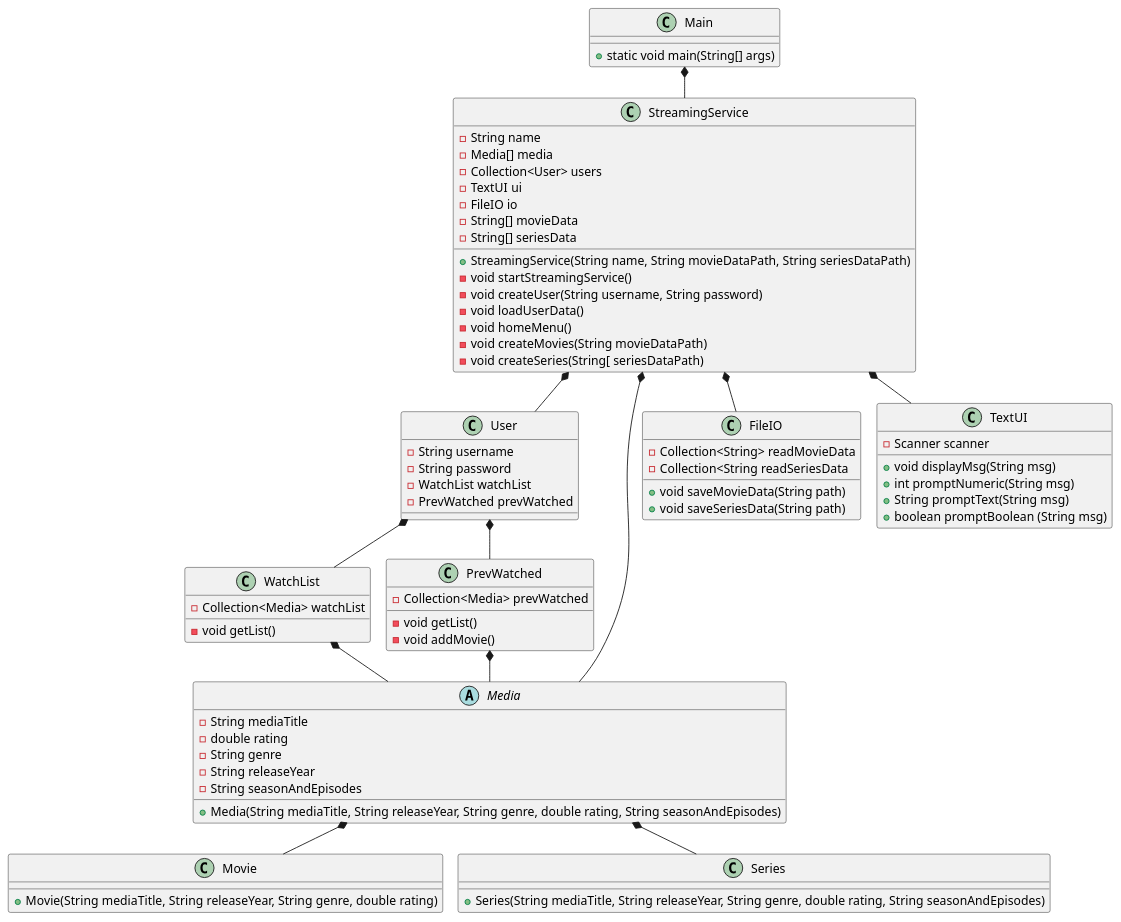
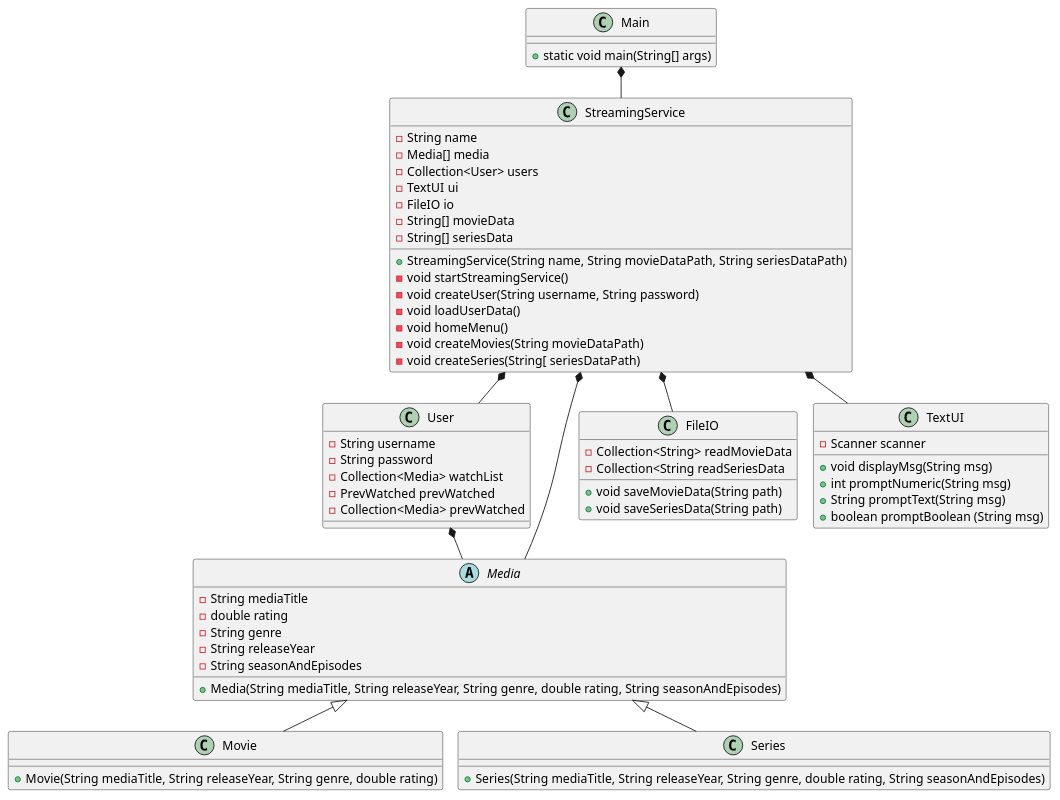
Before and after one commit to EmilDagsberg/SP3: the diagram in doc/classdiagram/classdiagram_v1.puml, drawn with PlantUML.

Commit message:
classdiagram

```diff
--- a/doc/classdiagram/classdiagram_v1.puml
+++ b/doc/classdiagram/classdiagram_v1.puml
@@ -1,91 +1,79 @@
 @startuml
 !pragma layout smetana
 
 class Main {
 + static void main(String[] args)
 }
 
 class StreamingService{
 - String name
 - Media[] media
 - Collection<User> users
 - TextUI ui
 - FileIO io
 - String[] movieData
 - String[] seriesData
 + StreamingService(String name, String movieDataPath, String seriesDataPath)
 - void startStreamingService()
 - void createUser(String username, String password)
 - void loadUserData()
 - void homeMenu()
 - void createMovies(String movieDataPath)
 - void createSeries(String[ seriesDataPath)
 
 }
 
 class User {
 - String username
 - String password
-- WatchList watchList
+- Collection<Media> watchList
 - PrevWatched prevWatched
+- Collection<Media> prevWatched
 
 }
 
-class WatchList{
-- Collection<Media> watchList
-- void getList()
-}
-
-class PrevWatched{
-- Collection<Media> prevWatched
-- void getList()
-- void addMovie()
-}
 
 abstract class Media{
 - String mediaTitle
 - double rating
 - String genre
 - String releaseYear
 - String seasonAndEpisodes
 +Media(String mediaTitle, String releaseYear, String genre, double rating, String seasonAndEpisodes)
 }
 
 class Movie{
 + Movie(String mediaTitle, String releaseYear, String genre, double rating)
 'metode der loader liste over film?
 
 }
 
 class Series{
 +Series(String mediaTitle, String releaseYear, String genre, double rating, String seasonAndEpisodes)
 'metode der loader liste over serier?
 }
 
 class FileIO {
 - Collection<String> readMovieData
 - Collection<String readSeriesData
 + void saveMovieData(String path)
 + void saveSeriesData(String path)
 }
 
 class TextUI {
 - Scanner scanner
 + void displayMsg(String msg)
 + int promptNumeric(String msg)
 + String promptText(String msg)
 + boolean promptBoolean (String msg)
 }
 
 Main *-- StreamingService
 StreamingService *-- User
 StreamingService *-- FileIO
 StreamingService *-- TextUI
-User *-- WatchList
-User *-- PrevWatched
-Media *-- Movie
-Media *-- Series
+Media <|-- Movie
+Media <|-- Series
 StreamingService *-- Media
-WatchList *-- Media
-PrevWatched *-- Media
+User *-- Media
 @enduml
```
